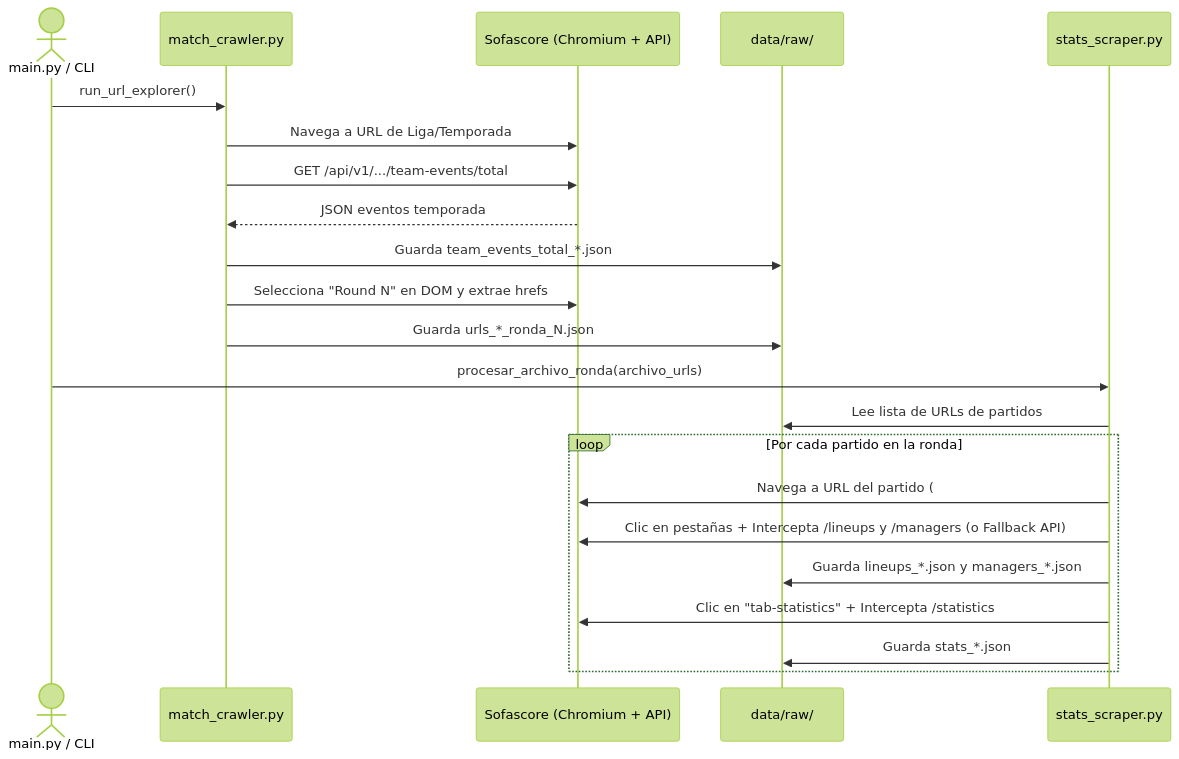
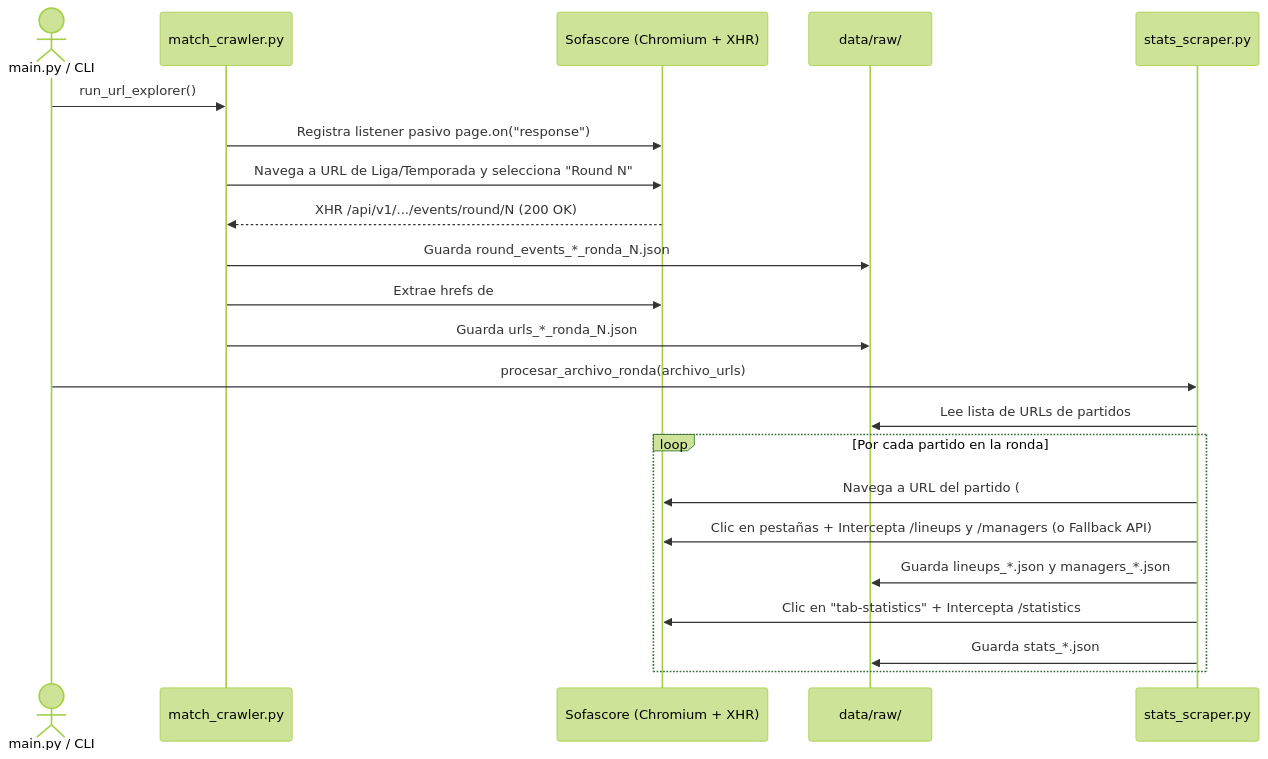
One commit to Fbcc98/Oraculo changed the third of 5 diagrams in docs/arquitectura-del-sistema.md. Above: the diagram before and after it, drawn with Mermaid (forest theme). The commit also changed other lines of this file, not shown here.

Commit message:
Docs(docs): actualizar arquitectura con interceptor XHR de ronda y ADRs

````diff
--- a/docs/arquitectura-del-sistema.md
+++ b/docs/arquitectura-del-sistema.md
@@ -172,26 +173,26 @@
 ```mermaid
 sequenceDiagram
     actor Usuario as main.py / CLI
     participant MC as match_crawler.py
-    participant Web as Sofascore (Chromium + API)
+    participant Web as Sofascore (Chromium + XHR)
     participant FS as data/raw/
     participant SS as stats_scraper.py
 
     Usuario->>MC: run_url_explorer()
-    MC->>Web: Navega a URL de Liga/Temporada
-    MC->>Web: GET /api/v1/.../team-events/total
-    Web-->>MC: JSON eventos temporada
-    MC->>FS: Guarda team_events_total_*.json
-    MC->>Web: Selecciona "Round N" en DOM y extrae hrefs
+    MC->>Web: Registra listener pasivo page.on("response")
+    MC->>Web: Navega a URL de Liga/Temporada y selecciona "Round N"
+    Web-->>MC: XHR /api/v1/.../events/round/N (200 OK)
+    MC->>FS: Guarda round_events_*_ronda_N.json
+    MC->>Web: Extrae hrefs de #tabpanel-round
     MC->>FS: Guarda urls_*_ronda_N.json
 
     Usuario->>SS: procesar_archivo_ronda(archivo_urls)
     SS->>FS: Lee lista de URLs de partidos
     loop Por cada partido en la ronda
         SS->>Web: Navega a URL del partido (#id:partido_id)
         SS->>Web: Clic en pestañas + Intercepta /lineups y /managers (o Fallback API)
         SS->>FS: Guarda lineups_*.json y managers_*.json
         SS->>Web: Clic en "tab-statistics" + Intercepta /statistics
         SS->>FS: Guarda stats_*.json
     end
 ```
````
